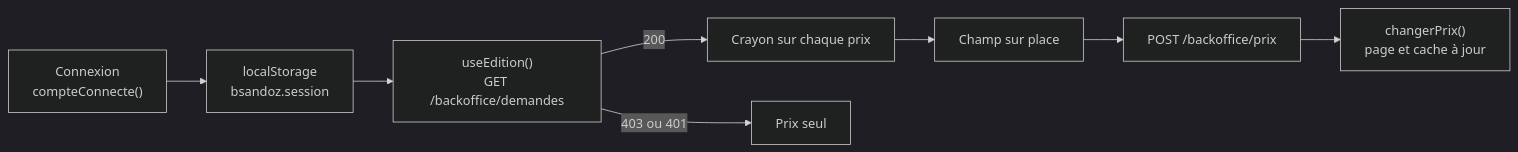
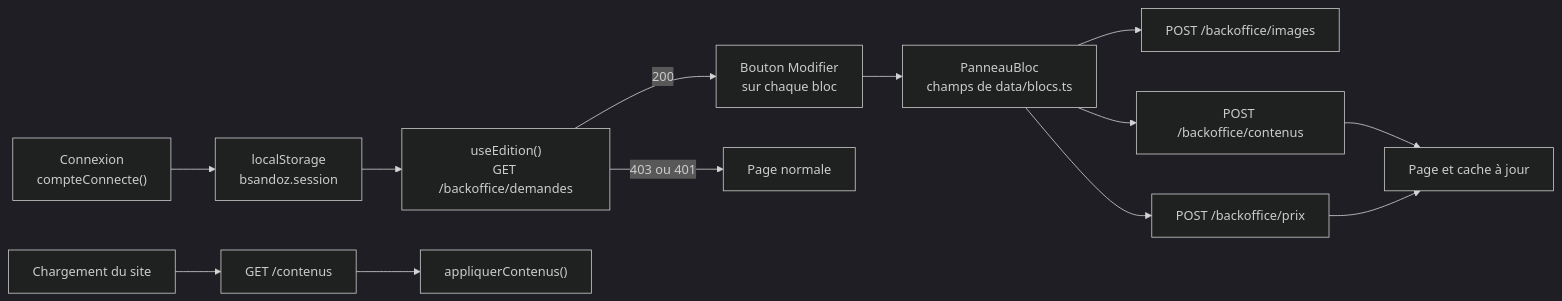
One commit to bsandoz79/bsandoz-site changed the second of 2 diagrams in docs/fonctionnalites/back-office.md. Above: the diagram before and after it, drawn with Mermaid (dark theme). The commit also changed other lines of this file and 27 other files, not shown here.

Commit message:
feat: bouton « Modifier » sur chaque bloc, panneau textes, prix et images

````diff
--- a/docs/fonctionnalites/back-office.md
+++ b/docs/fonctionnalites/back-office.md
@@ -84,10 +87,15 @@
 ```mermaid
 flowchart LR
   co["Connexion<br/>compteConnecte()"] --> note["localStorage<br/>bsandoz.session"]
   note --> verif["useEdition()<br/>GET /backoffice/demandes"]
-  verif -- "200" --> crayon["Crayon sur chaque prix"]
-  verif -- "403 ou 401" --> rien["Prix seul"]
-  crayon --> champ["Champ sur place"]
-  champ --> post["POST /backoffice/prix"]
-  post --> page["changerPrix()<br/>page et cache à jour"]
+  verif -- "200" --> bouton["Bouton Modifier<br/>sur chaque bloc"]
+  verif -- "403 ou 401" --> rien["Page normale"]
+  bouton --> panneau["PanneauBloc<br/>champs de data/blocs.ts"]
+  panneau --> img["POST /backoffice/images"]
+  panneau --> txt["POST /backoffice/contenus"]
+  panneau --> prix["POST /backoffice/prix"]
+  txt --> page["Page et cache à jour"]
+  prix --> page
+  charge["Chargement du site"] --> get["GET /contenus"]
+  get --> appl["appliquerContenus()"]
 ```
````
